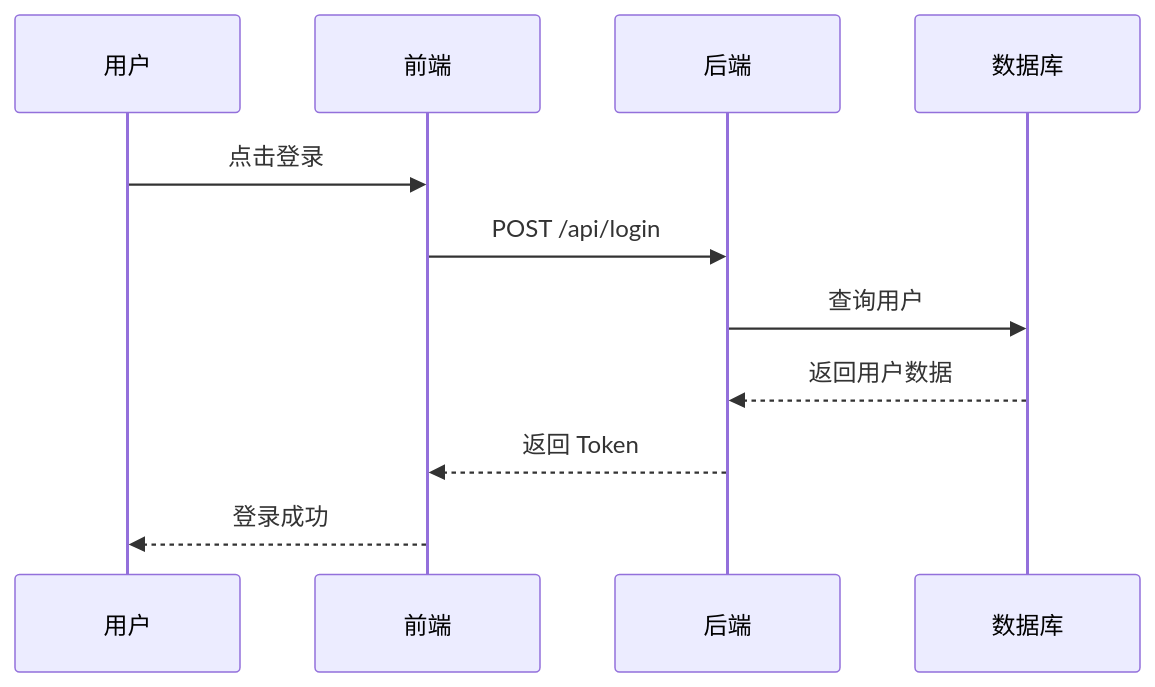
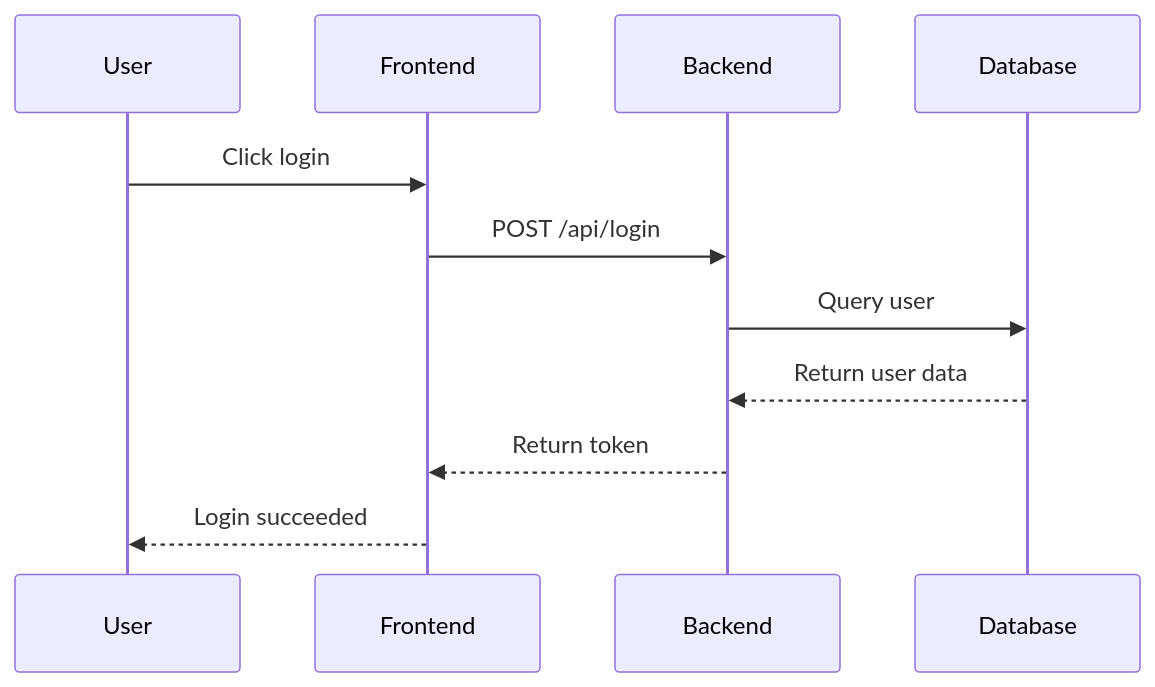
The fourth of 7 diagrams in cli/tests/TEST_MARKDOWN.md (nx-fi/gitomi), drawn with Mermaid before and after one commit. The commit also changed other lines of this file and 6 other files, not shown here.

````diff
--- a/cli/tests/TEST_MARKDOWN.md
+++ b/cli/tests/TEST_MARKDOWN.md
@@ -453,14 +507,14 @@
 ```mermaid
 sequenceDiagram
-    participant U as 用户
-    participant F as 前端
-    participant B as 后端
-    participant DB as 数据库
+    participant U as User
+    participant F as Frontend
+    participant B as Backend
+    participant DB as Database
 
-    U->>F: 点击登录
+    U->>F: Click login
     F->>B: POST /api/login
-    B->>DB: 查询用户
-    DB-->>B: 返回用户数据
-    B-->>F: 返回 Token
-    F-->>U: 登录成功
+    B->>DB: Query user
+    DB-->>B: Return user data
+    B-->>F: Return token
+    F-->>U: Login succeeded
 ```
````
